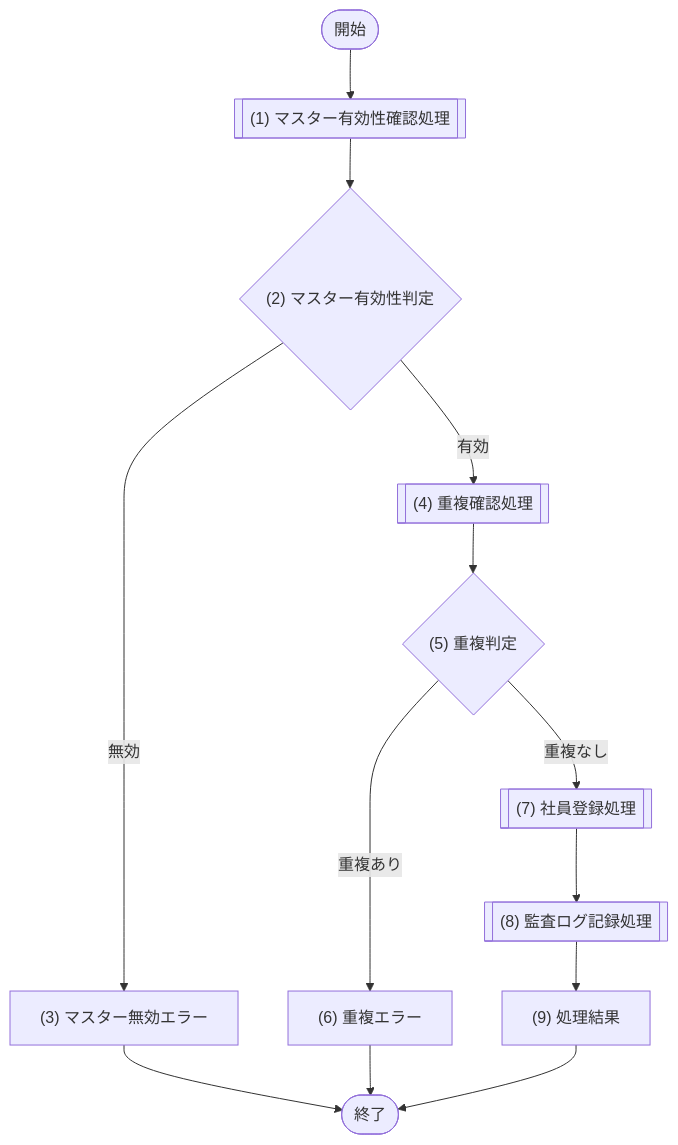
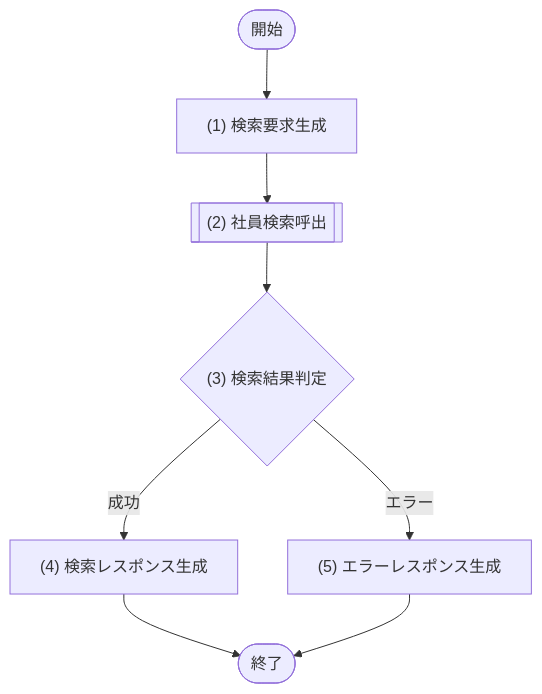
One commit to sikakou54/system-document-template changed the first of 18 diagrams in 統合設計書/社員名簿管理システム/05_API設計.md. Above: the diagram before and after it, drawn with Mermaid. The commit also changed other lines of this file and 40 other files, not shown here.

````diff
--- a/統合設計書/社員名簿管理システム/05_API設計.md
+++ b/統合設計書/社員名簿管理システム/05_API設計.md
@@ -98,20 +145,6 @@
 ```mermaid
 flowchart TD
-  Start([開始])
-  P1[["(1) マスター有効性確認処理"]]
-  D1{"(2) マスター有効性判定"}
-  E1["(3) マスター無効エラー"]
-  P2[["(4) 重複確認処理"]]
-  D2{"(5) 重複判定"}
-  E2["(6) 重複エラー"]
-  P3[["(7) 社員登録処理"]]
-  P4[["(8) 監査ログ記録処理"]]
-  P5["(9) 処理結果"]
-  End([終了])
-
-  Start --> P1 --> D1
-  D1 -- "無効" --> E1 --> End
-  D1 -- "有効" --> P2 --> D2
-  D2 -- "重複あり" --> E2 --> End
-  D2 -- "重複なし" --> P3 --> P4 --> P5 --> End
+  Start([開始]) --> P1["(1) 検索要求生成"] --> P2[["(2) 社員検索呼出"]] --> D1{"(3) 検索結果判定"}
+  D1 -- "成功" --> P3["(4) 検索レスポンス生成"] --> End([終了])
+  D1 -- "エラー" --> E1["(5) エラーレスポンス生成"] --> End
 ```
````
